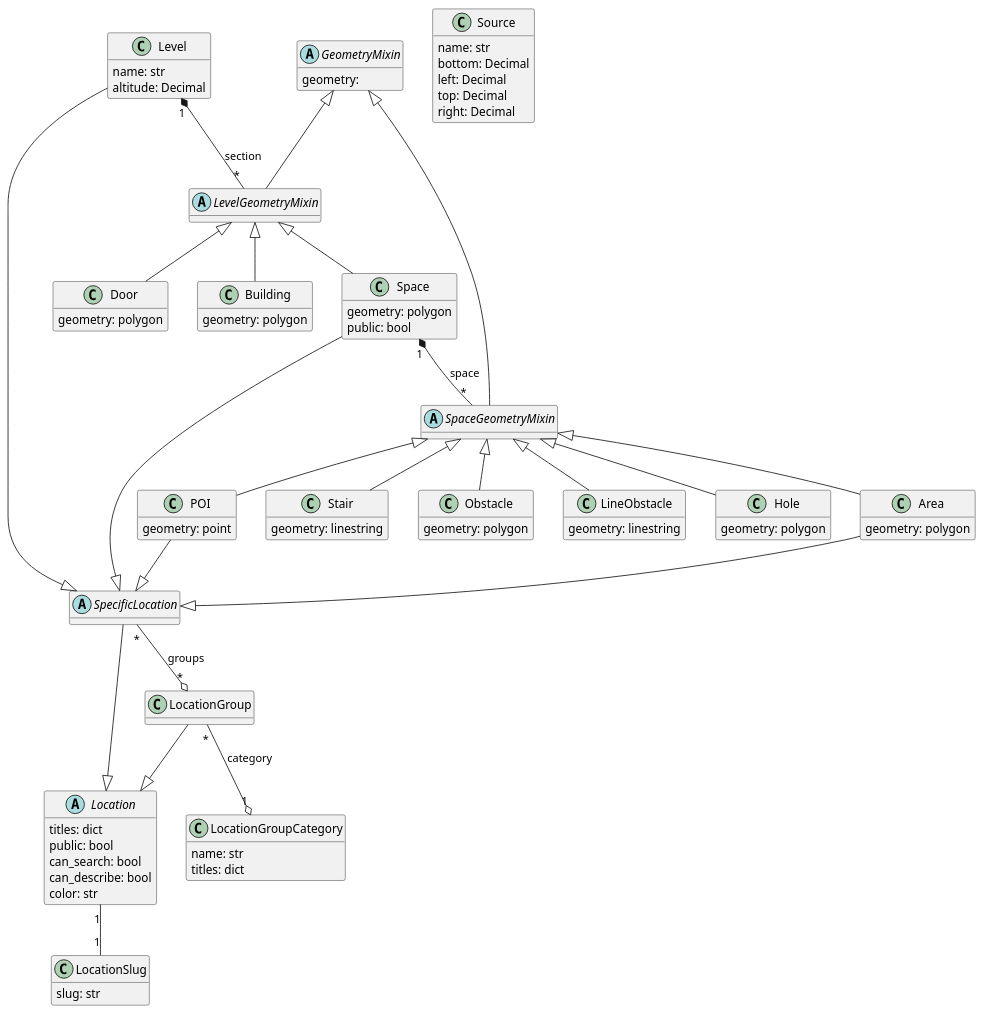
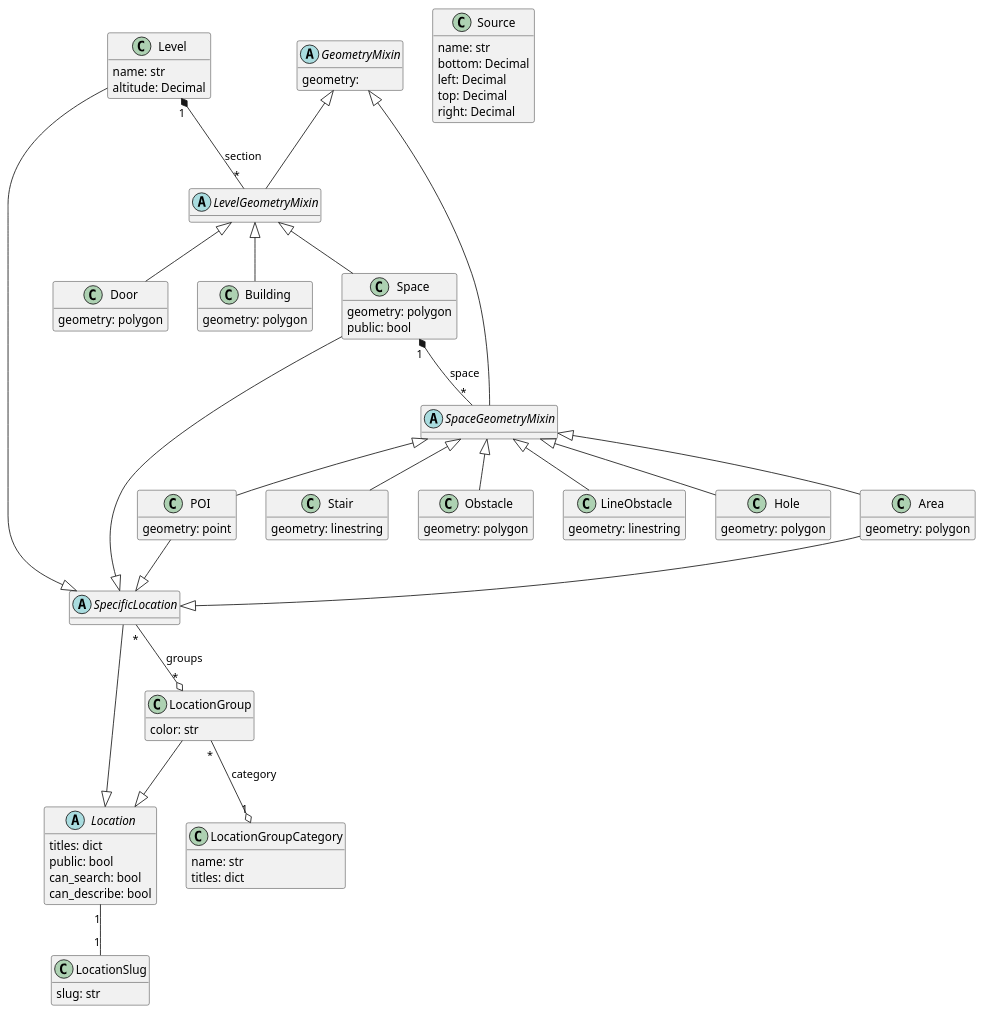
Before and after one commit to c3nav/c3nav: the diagram in doc/c3nav.puml, drawn with PlantUML. The commit also changed 2 other files, not shown here.

```diff
--- a/doc/c3nav.puml
+++ b/doc/c3nav.puml
@@ -1,112 +1,111 @@
 @startuml
 class Level {
     name: str
     altitude: Decimal
 }
 
 class Source {
     name: str
     bottom: Decimal
     left: Decimal
     top: Decimal
     right: Decimal
 }
 
 abstract class GeometryMixin {
     geometry:
 }
 
 abstract class LevelGeometryMixin {
 }
 GeometryMixin <|-- LevelGeometryMixin
 Level "1" *-- "*" LevelGeometryMixin: section
 
 class Building {
     geometry: polygon
 }
 LevelGeometryMixin <|-- Building
 
 class Space {
     geometry: polygon
     public: bool
 }
 LevelGeometryMixin <|-- Space
 
 class Door {
     geometry: polygon
 }
 LevelGeometryMixin <|-- Door
 
 abstract class SpaceGeometryMixin {
 }
 GeometryMixin <|-- SpaceGeometryMixin
 Space "1" *-- "*" SpaceGeometryMixin: space
 
 class Hole {
     geometry: polygon
 }
 SpaceGeometryMixin <|-- Hole
 
 class Area {
     geometry: polygon
 }
 SpaceGeometryMixin <|-- Area
 
 class POI {
     geometry: point
 }
 SpaceGeometryMixin <|-- POI
 
 class Stair {
     geometry: linestring
 }
 SpaceGeometryMixin <|-- Stair
 
 class Obstacle {
     geometry: polygon
 }
 SpaceGeometryMixin <|-- Obstacle
 
 class LineObstacle {
     geometry: linestring
 }
 SpaceGeometryMixin <|-- LineObstacle
 
 abstract class Location {
     titles: dict
     public: bool
     can_search: bool
     can_describe: bool
-    color: str
 }
 
 abstract class SpecificLocation {
 
 }
 SpecificLocation --|> Location
 Level --|> SpecificLocation
 Space --|> SpecificLocation
 Area --|> SpecificLocation
 POI --|> SpecificLocation
 
 class LocationGroupCategory {
     name: str
     titles: dict
 }
 
 class LocationGroup {
-
+    color: str
 }
 LocationGroup --|> Location
 SpecificLocation "*" --o "*" LocationGroup: groups
 LocationGroup "*" --o "1" LocationGroupCategory: category
 
 class LocationSlug {
     slug: str
 }
 
 Location "1" -- "1" LocationSlug
 
 hide methods
 
 @enduml
```
